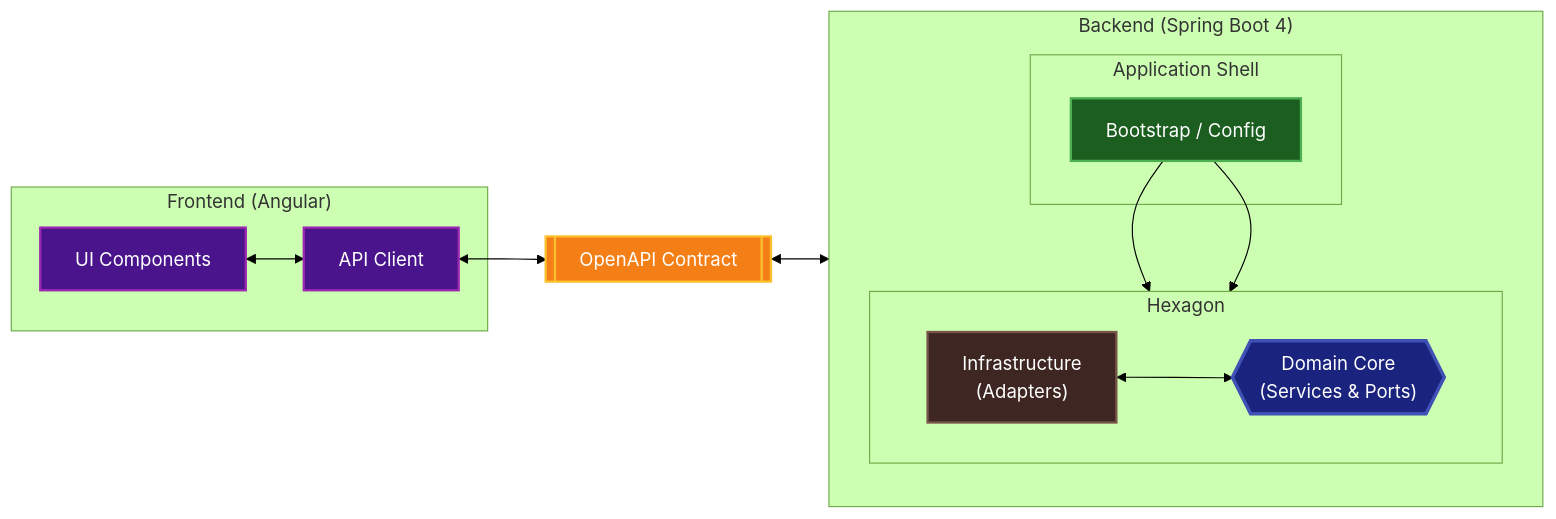
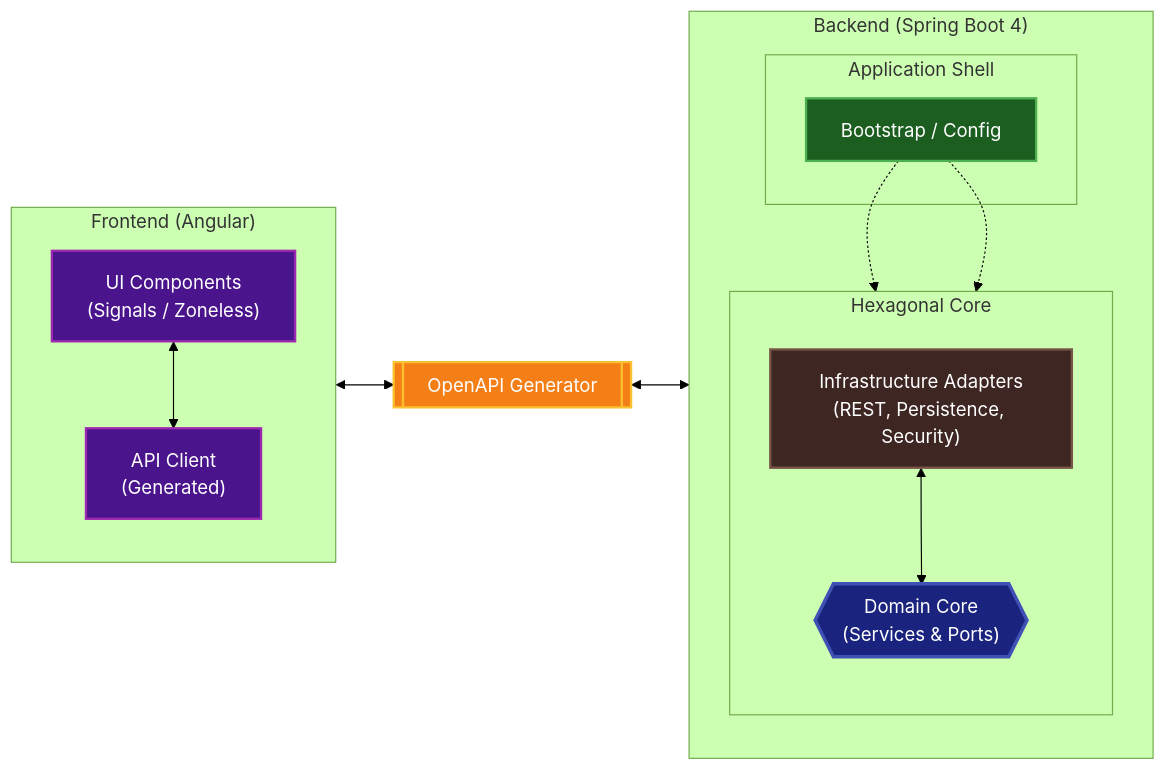
The diagram in README.md (vmillet-dev/tripr-app), drawn with Mermaid (forest theme) before and after one commit.

````diff
--- a/README.md
+++ b/README.md
@@ -14,48 +14,50 @@
 ```mermaid
 graph LR
-    %% Client Layer
-    subgraph Client ["Frontend (Angular)"]
-        UI["UI Components"]
-        API_C["API Client"]
+    %% Client Layer (Left)
+    subgraph Client ["&nbsp;&nbsp;&nbsp;Frontend (Angular)&nbsp;&nbsp;&nbsp;"]
+        direction TB
+        UI["UI Components<br/>(Signals / Zoneless)"]
+        API_C["API Client<br/>(Generated)"]
     end
 
-    %% Contract Layer
-    OC[["&nbsp;&nbsp;&nbsp;OpenAPI Contract&nbsp;&nbsp;&nbsp;"]]
+    %% Middle Layer (Bridge)
+    OC[["&nbsp;&nbsp;&nbsp;OpenAPI Generator&nbsp;&nbsp;&nbsp;"]]
 
-    %% Backend Layer
-    subgraph Backend ["Backend (Spring Boot 4)"]
+    %% Backend Layer (Right)
+    subgraph Backend ["&nbsp;&nbsp;&nbsp;Backend (Spring Boot 4)&nbsp;&nbsp;&nbsp;"]
         direction TB
+        
         subgraph Shell ["Application Shell"]
             APP["Bootstrap / Config"]
         end
 
-        subgraph Hex ["Hexagon"]
-            direction LR
-            INF["Infrastructure<br/>(Adapters)"]
+        subgraph Hexagon ["Hexagonal Core"]
+            direction TB
+            INF["Infrastructure Adapters<br/>(REST, Persistence, Security)"]
             DOM{{"&nbsp;&nbsp;&nbsp;Domain Core&nbsp;&nbsp;&nbsp;<br/>(Services & Ports)"}}
         end
     end
 
     %% Connections
     UI <--> API_C
     API_C <--> OC
     OC <--> INF
     
-    APP --> INF
-    APP --> DOM
+    APP -.-> INF
+    APP -.-> DOM
     
     INF <--> DOM
 
     %% Styling
     classDef domain fill:#1a237e,stroke:#3f51b5,stroke-width:3px,color:#ffffff;
     classDef infra fill:#3e2723,stroke:#795548,stroke-width:2px,color:#ffffff;
     classDef app fill:#1b5e20,stroke:#4caf50,stroke-width:2px,color:#ffffff;
     classDef client fill:#4a148c,stroke:#9c27b0,stroke-width:2px,color:#ffffff;
     classDef contract fill:#f57f17,stroke:#fbc02d,stroke-width:2px,color:#ffffff;
     
     class DOM domain;
     class INF infra;
     class APP app;
     class UI,API_C client;
     class OC contract;
 ```
````
